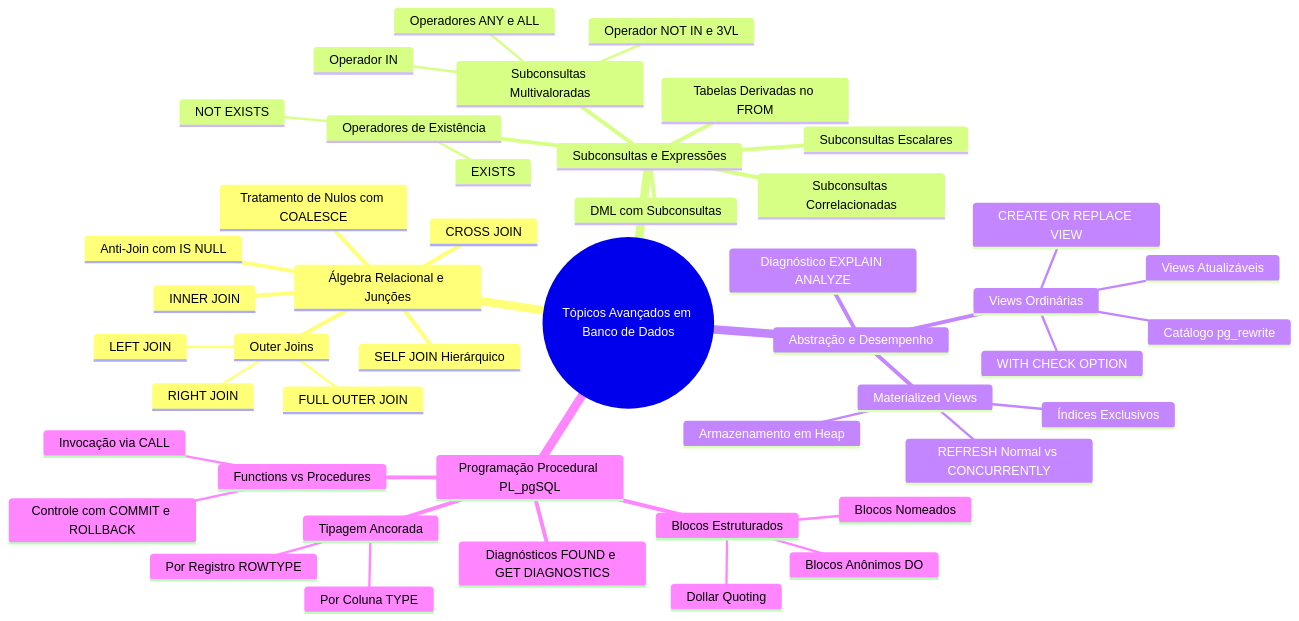
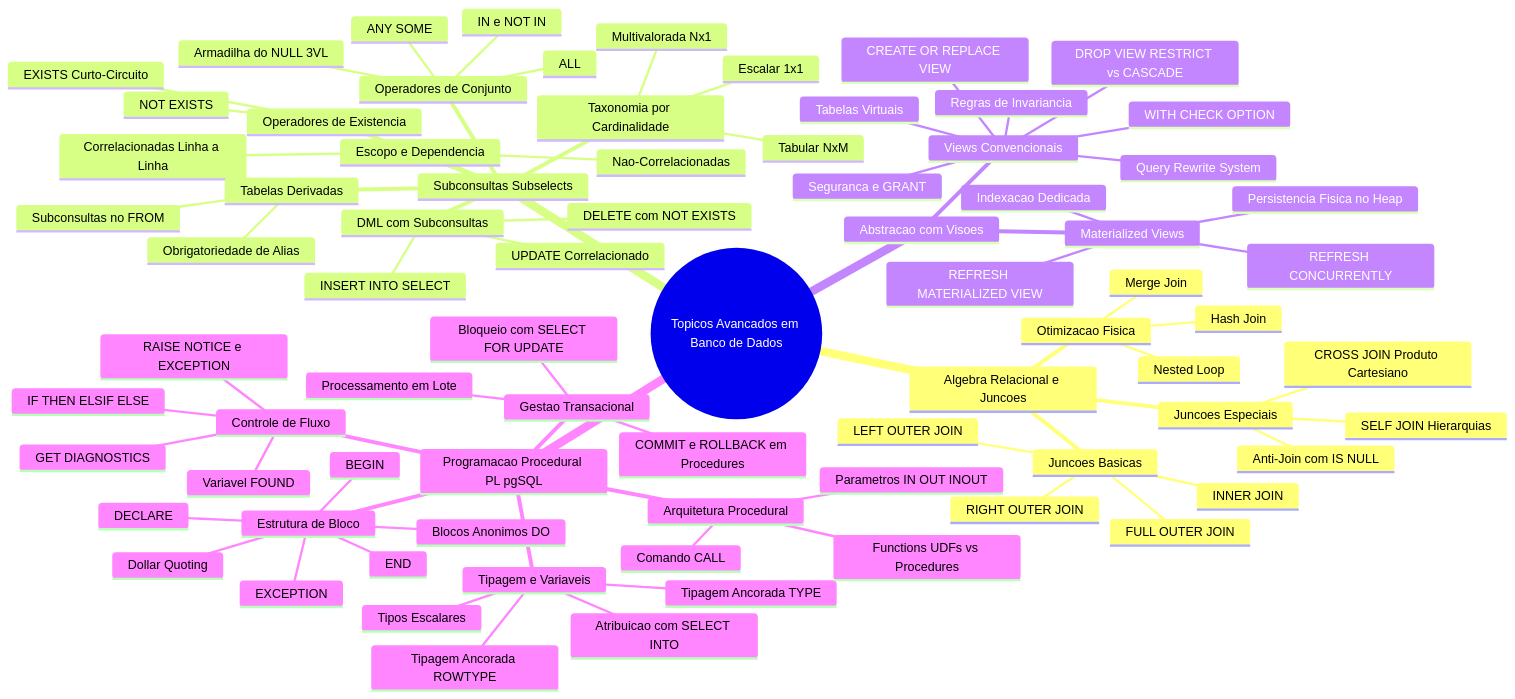
The first of 11 diagrams in 4º Semestre/[Prof. Welington Garcia] Tópicos Avançados em Banco de Dados/Resumos-IA/Caderno-Consolidado.md (murilolol/unifef), drawn with Mermaid before and after one commit. The commit also changed other lines of this file and 18 other files, not shown here.

````diff
--- a/4º Semestre/[Prof. Welington Garcia] Tópicos Avançados em Banco de Dados/Resumos-IA/Caderno-Consolidado.md
+++ b/4º Semestre/[Prof. Welington Garcia] Tópicos Avançados em Banco de Dados/Resumos-IA/Caderno-Consolidado.md
@@ -70,49 +68,81 @@
 ```mermaid
 mindmap
-  root((Tópicos Avançados em Banco de Dados))
-    Álgebra Relacional e Junções
-      INNER JOIN
-      Outer Joins
-        LEFT JOIN
-        RIGHT JOIN
+  root((Topicos Avancados em Banco de Dados))
+    Algebra Relacional e Juncoes
+      Juncoes Basicas
+        INNER JOIN
+        LEFT OUTER JOIN
+        RIGHT OUTER JOIN
         FULL OUTER JOIN
-      Anti-Join com IS NULL
-      CROSS JOIN
-      SELF JOIN Hierárquico
-      Tratamento de Nulos com COALESCE
-    Subconsultas e Expressões
-      Subconsultas Escalares
-      Subconsultas Multivaloradas
-        Operador IN
-        Operador NOT IN e 3VL
-        Operadores ANY e ALL
-      Operadores de Existência
-        EXISTS
+      Juncoes Especiais
+        CROSS JOIN Produto Cartesiano
+        SELF JOIN Hierarquias
+        Anti-Join com IS NULL
+      Otimizacao Fisica
+        Nested Loop
+        Hash Join
+        Merge Join
+    Subconsultas Subselects
+      Taxonomia por Cardinalidade
+        Escalar 1x1
+        Multivalorada Nx1
+        Tabular NxM
+      Operadores de Conjunto
+        IN e NOT IN
+        Armadilha do NULL 3VL
+        ANY SOME
+        ALL
+      Operadores de Existencia
+        EXISTS Curto-Circuito
         NOT EXISTS
-      Subconsultas Correlacionadas
-      Tabelas Derivadas no FROM
+      Escopo e Dependencia
+        Nao-Correlacionadas
+        Correlacionadas Linha a Linha
+      Tabelas Derivadas
+        Subconsultas no FROM
+        Obrigatoriedade de Alias
       DML com Subconsultas
-    Abstração e Desempenho
-      Views Ordinárias
-        Catálogo pg_rewrite
+        INSERT INTO SELECT
+        UPDATE Correlacionado
+        DELETE com NOT EXISTS
+    Abstracao com Visoes
+      Views Convencionais
+        Tabelas Virtuais
+        Query Rewrite System
         CREATE OR REPLACE VIEW
-        Views Atualizáveis
+        Regras de Invariancia
+        DROP VIEW RESTRICT vs CASCADE
         WITH CHECK OPTION
+        Seguranca e GRANT
       Materialized Views
-        Armazenamento em Heap
-        Índices Exclusivos
-        REFRESH Normal vs CONCURRENTLY
-      Diagnóstico EXPLAIN ANALYZE
-    Programação Procedural PL_pgSQL
-      Blocos Estruturados
+        Persistencia Fisica no Heap
+        Indexacao Dedicada
+        REFRESH MATERIALIZED VIEW
+        REFRESH CONCURRENTLY
+    Programacao Procedural PL pgSQL
+      Estrutura de Bloco
+        DECLARE
+        BEGIN
+        EXCEPTION
+        END
         Dollar Quoting
-        Blocos Anônimos DO
-        Blocos Nomeados
-      Tipagem Ancorada
-        Por Coluna TYPE
-        Por Registro ROWTYPE
-      Functions vs Procedures
-        Invocação via CALL
-        Controle com COMMIT e ROLLBACK
-      Diagnósticos FOUND e GET DIAGNOSTICS
+        Blocos Anonimos DO
+      Tipagem e Variaveis
+        Tipos Escalares
+        Tipagem Ancorada TYPE
+        Tipagem Ancorada ROWTYPE
+        Atribuicao com SELECT INTO
+      Controle de Fluxo
+        IF THEN ELSIF ELSE
+        RAISE NOTICE e EXCEPTION
+        Variavel FOUND
+        GET DIAGNOSTICS
+      Arquitetura Procedural
+        Functions UDFs vs Procedures
+        Comando CALL
+        Parametros IN OUT INOUT
+      Gestao Transacional
+        COMMIT e ROLLBACK em Procedures
+        Processamento em Lote
+        Bloqueio com SELECT FOR UPDATE
 ```
````
